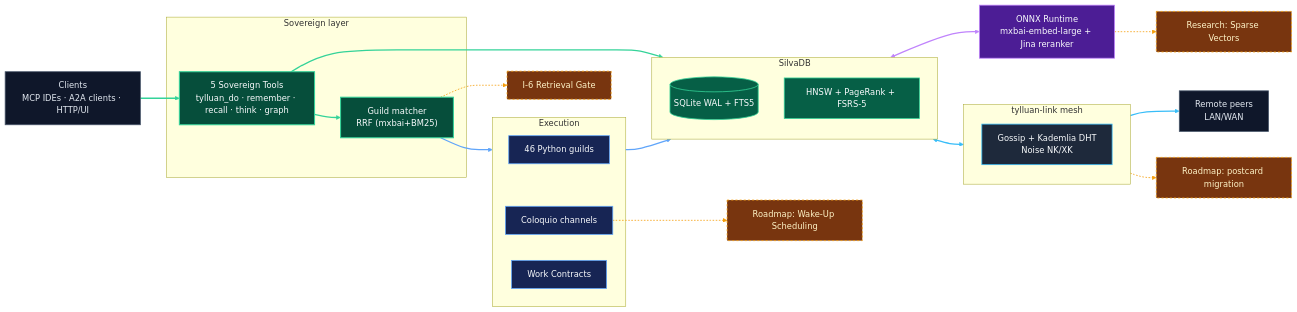
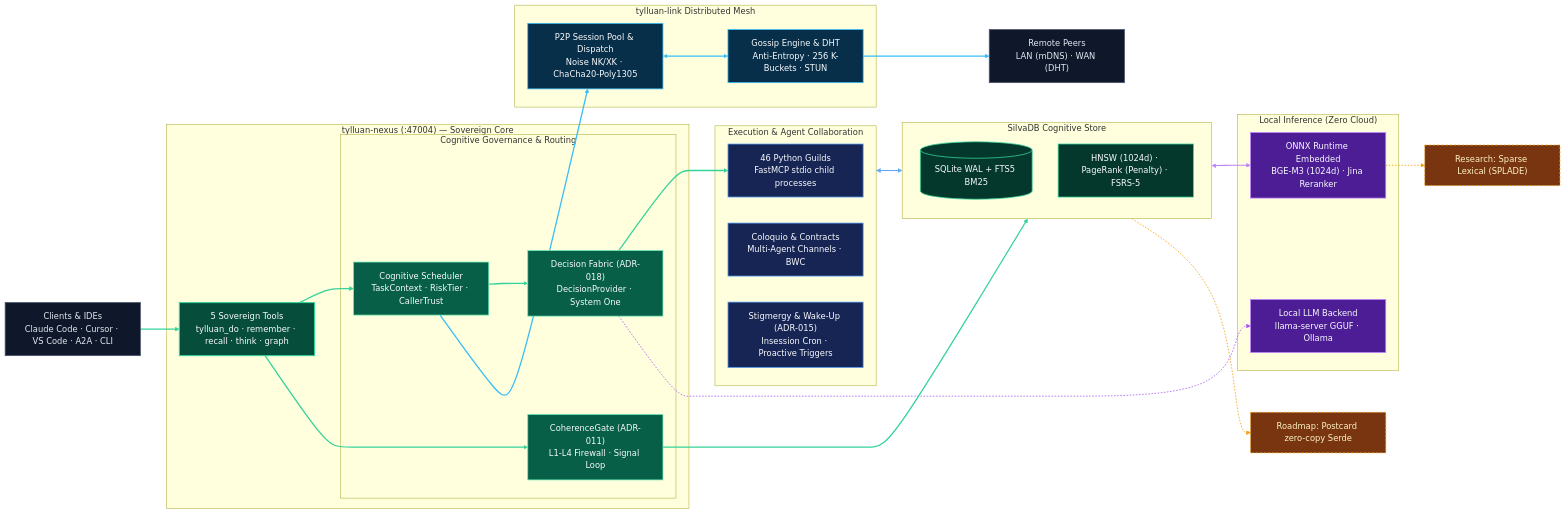
One commit to Forja-orca/tylluan changed the diagram in README.md. Above: the diagram before and after it, drawn with Mermaid. The commit also changed 6 other files, not shown here.

First line of the commit message:
docs(diagrams): sincroniza diagramas de arquitectura con la realidad del proyecto

````diff
--- a/README.md
+++ b/README.md
@@ -317,68 +317,80 @@
 ```mermaid
 flowchart LR
-  CLIENTS["Clients<br/>MCP IDEs · A2A clients · HTTP/UI"]
+  CLIENTS["Clients & IDEs<br/>Claude Code · Cursor · VS Code · A2A · CLI"]
 
-  subgraph SOVEREIGN["Sovereign layer"]
+  subgraph SOVEREIGN["tylluan-nexus (:47004) — Sovereign Core"]
     TOOLS["5 Sovereign Tools<br/>tylluan_do · remember · recall · think · graph"]
-    ROUTER["Guild matcher<br/>RRF (mxbai+BM25)"]
+
+    subgraph GOVERN["Cognitive Governance & Routing"]
+      SCHED["Cognitive Scheduler<br/>TaskContext · RiskTier · CallerTrust"]
+      DECIDER["Decision Fabric (ADR-018)<br/>DecisionProvider · System One"]
+      CGATE["CoherenceGate (ADR-011)<br/>L1-L4 Firewall · Signal Loop"]
+    end
   end
 
-  subgraph MEMORY["SilvaDB"]
-    SILVA[("SQLite WAL + FTS5")]
-    GRAPH["HNSW + PageRank + FSRS-5"]
+  subgraph MEMORY["SilvaDB Cognitive Store"]
+    SILVA[("SQLite WAL + FTS5 BM25")]
+    GRAPH["HNSW (1024d) · PageRank (Penalty) · FSRS-5"]
   end
 
-  subgraph EXEC["Execution"]
-    GUILDS["46 Python guilds"]
-    COLOQUIO["Coloquio channels"]
-    CONTRACTS["Work Contracts"]
+  subgraph INFER["Local Inference (Zero Cloud)"]
+    ONNX["ONNX Runtime Embedded<br/>BGE-M3 (1024d) · Jina Reranker"]
+    LLAMA["Local LLM Backend<br/>llama-server GGUF · Ollama"]
   end
 
-  INFER["ONNX Runtime<br/>mxbai-embed-large + Jina reranker"]
-
-  subgraph MESH["tylluan-link mesh"]
-    P2P["Gossip + Kademlia DHT<br/>Noise NK/XK"]
+  subgraph EXEC["Execution & Agent Collaboration"]
+    GUILDS["46 Python Guilds<br/>FastMCP stdio child processes"]
+    COLOQUIO["Coloquio & Contracts<br/>Multi-Agent Channels · BWC"]
+    WAKE["Stigmergy & Wake-Up (ADR-015)<br/>Insession Cron · Proactive Triggers"]
   end
 
-  PEERS["Remote peers<br/>LAN/WAN"]
+  subgraph MESH["tylluan-link Distributed Mesh"]
+    P2P["P2P Session Pool & Dispatch<br/>Noise NK/XK · ChaCha20-Poly1305"]
+    GOSSIP["Gossip Engine & DHT<br/>Anti-Entropy · 256 K-Buckets · STUN"]
+  end
 
-  RGATE["I-6 Retrieval Gate"]:::future
-  WAKE["Roadmap: Wake-Up Scheduling"]:::future
-  SPARSE["Research: Sparse Vectors"]:::future
-  POSTCARD["Roadmap: postcard migration"]:::future
+  PEERS["Remote Peers<br/>LAN (mDNS) · WAN (DHT)"]
+
+  SPARSE["Research: Sparse Lexical (SPLADE)"]:::future
+  POSTCARD["Roadmap: Postcard zero-copy Serde"]:::future
 
   CLIENTS ==> TOOLS
-  TOOLS ==> ROUTER
-  TOOLS ==> MEMORY
-  ROUTER ==> EXEC
-  EXEC ==> MEMORY
-  MEMORY <==> INFER
-  MEMORY <==> MESH
-  MESH ==> PEERS
+  TOOLS ==> SCHED
+  SCHED ==> DECIDER
+  DECIDER ==> GUILDS
+  TOOLS ==> CGATE
+  CGATE ==> MEMORY
+  MEMORY <==> ONNX
+  EXEC <==> MEMORY
+  DECIDER -.-> LLAMA
+  SCHED ==> P2P
+  P2P <==> GOSSIP
+  GOSSIP ==> PEERS
 
-  ROUTER -.-> RGATE
-  COLOQUIO -.-> WAKE
-  INFER -.-> SPARSE
-  MESH -.-> POSTCARD
+  ONNX -.-> SPARSE
+  MEMORY -.-> POSTCARD
 
   classDef sovStyle fill:#064e3b,stroke:#34d399,color:#f8fafc,stroke-width:2px;
-  classDef memStyle fill:#065f46,stroke:#34d399,color:#f8fafc,stroke-width:1.5px;
+  classDef govStyle fill:#065f46,stroke:#6ee7b7,color:#f8fafc,stroke-width:1.5px;
+  classDef memStyle fill:#04382c,stroke:#34d399,color:#f8fafc,stroke-width:1.5px;
   classDef execStyle fill:#172554,stroke:#60a5fa,color:#f8fafc,stroke-width:1.5px;
   classDef inferStyle fill:#4c1d95,stroke:#c084fc,color:#f8fafc,stroke-width:1.5px;
-  classDef meshStyle fill:#1e293b,stroke:#38bdf8,color:#f8fafc,stroke-width:1.5px;
+  classDef meshStyle fill:#082f49,stroke:#38bdf8,color:#f8fafc,stroke-width:1.5px;
   classDef extStyle fill:#0f172a,stroke:#475569,color:#e2e8f0,stroke-width:1.5px;
   classDef future fill:#78350f,stroke:#f59e0b,stroke-width:1.5px,stroke-dasharray:4 4,color:#fef3c7;
 
   class CLIENTS,PEERS extStyle;
-  class TOOLS,ROUTER sovStyle;
+  class TOOLS sovStyle;
+  class SCHED,DECIDER,CGATE govStyle;
   class SILVA,GRAPH memStyle;
-  class GUILDS,COLOQUIO,CONTRACTS execStyle;
-  class INFER inferStyle;
-  class P2P meshStyle;
+  class GUILDS,COLOQUIO,WAKE execStyle;
+  class ONNX,LLAMA inferStyle;
+  class P2P,GOSSIP meshStyle;
 
-  linkStyle 0,1,2 stroke:#34d399,stroke-width:2.5px;
-  linkStyle 3,4 stroke:#60a5fa,stroke-width:2.5px;
-  linkStyle 5 stroke:#c084fc,stroke-width:2.5px;
-  linkStyle 6,7 stroke:#38bdf8,stroke-width:2.5px;
-  linkStyle 8,9,10,11 stroke:#f59e0b,stroke-width:1.5px,stroke-dasharray:3 3;
+  linkStyle 0,1,2,3,4,5 stroke:#34d399,stroke-width:2.5px;
+  linkStyle 6 stroke:#c084fc,stroke-width:2px;
+  linkStyle 7 stroke:#60a5fa,stroke-width:2px;
+  linkStyle 8 stroke:#a855f7,stroke-width:1.5px,stroke-dasharray:3 3;
+  linkStyle 9,10,11 stroke:#38bdf8,stroke-width:2.5px;
+  linkStyle 12,13 stroke:#f59e0b,stroke-width:1.5px,stroke-dasharray:3 3;
 ```
````
